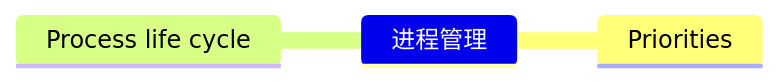
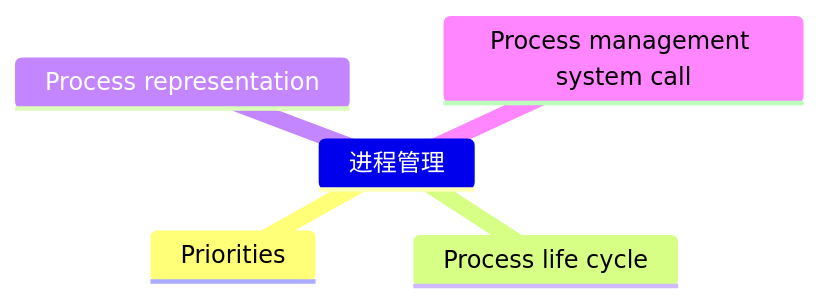
Before and after one commit to jishuguang/library: the first of 3 diagrams in docs/系统/内核/进程管理.md, drawn with Mermaid. The commit also changed other lines of this file and 1 other file, not shown here.

````diff
--- a/docs/系统/内核/进程管理.md
+++ b/docs/系统/内核/进程管理.md
@@ -3,6 +3,8 @@
 ```{mermaid}
 mindmap
 进程管理
   Priorities
   Process life cycle
+  Process representation
+  Process management system call
 ```
````
